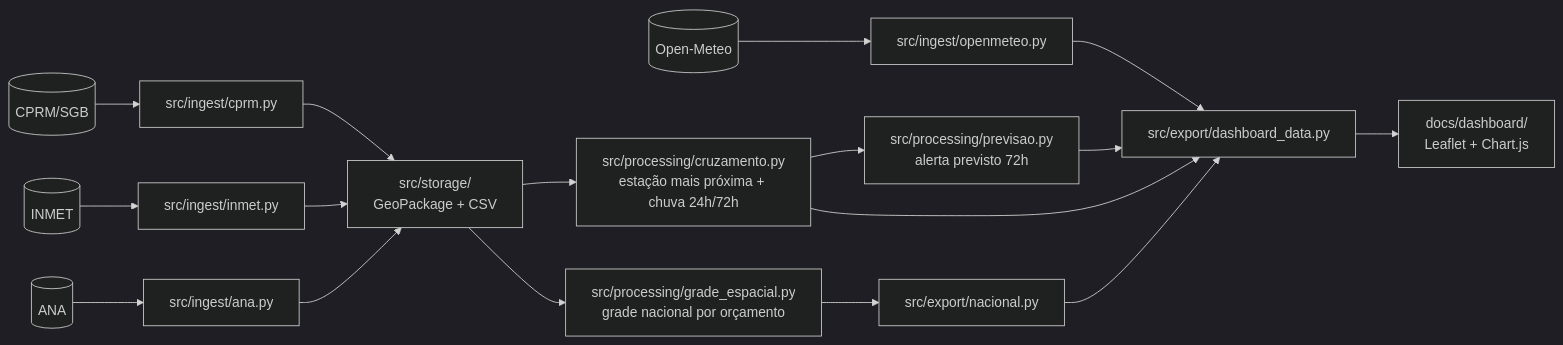
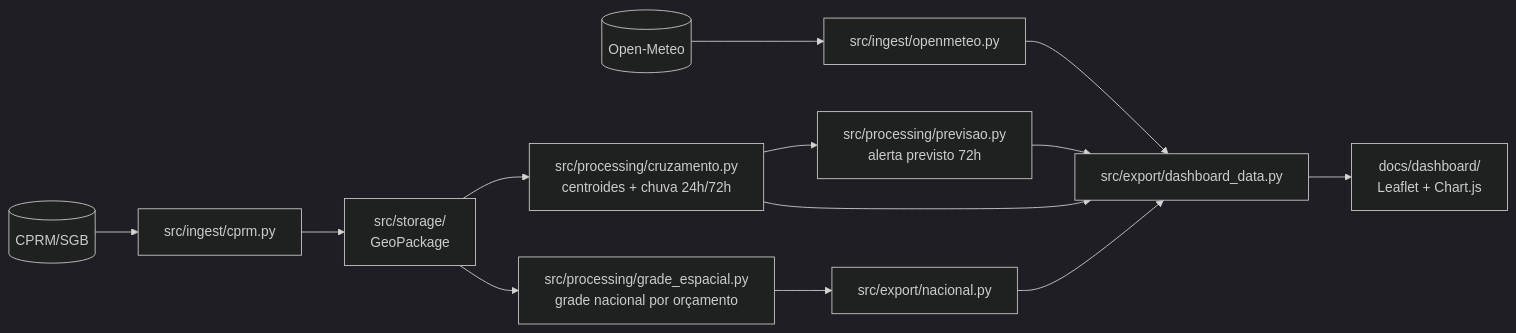
One commit to hcristosm/ORCA changed the diagram in README.md. Above: the diagram before and after it, drawn with Mermaid (dark theme). The commit also changed other lines of this file and 32 other files, not shown here.

````diff
--- a/README.md
+++ b/README.md
@@ -94,19 +89,15 @@
 ```mermaid
 flowchart LR
     CPRM[("CPRM/SGB")] --> ING1["src/ingest/cprm.py"]
-    INMET[("INMET")] --> ING2["src/ingest/inmet.py"]
-    ANA[("ANA")] --> ING3["src/ingest/ana.py"]
     OM[("Open-Meteo")] --> ING4["src/ingest/openmeteo.py"]
-    ING1 --> STORE["src/storage/<br/>GeoPackage + CSV"]
-    ING2 --> STORE
-    ING3 --> STORE
-    STORE --> PROC["src/processing/cruzamento.py<br/>estação mais próxima + chuva 24h/72h"]
+    ING1 --> STORE["src/storage/<br/>GeoPackage"]
+    STORE --> PROC["src/processing/cruzamento.py<br/>centroides + chuva 24h/72h"]
     STORE --> GRADE["src/processing/grade_espacial.py<br/>grade nacional por orçamento"]
     GRADE --> NAC["src/export/nacional.py"]
     PROC --> PREV["src/processing/previsao.py<br/>alerta previsto 72h"]
     PROC --> EXPORT["src/export/dashboard_data.py"]
     NAC --> EXPORT
     PREV --> EXPORT
     ING4 --> EXPORT
     EXPORT --> DASH["docs/dashboard/<br/>Leaflet + Chart.js"]
 ```
````
